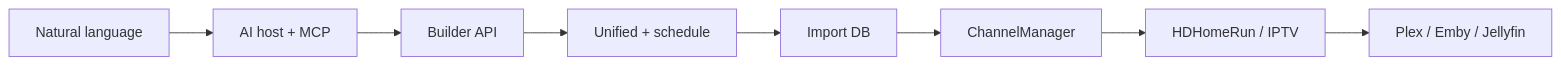
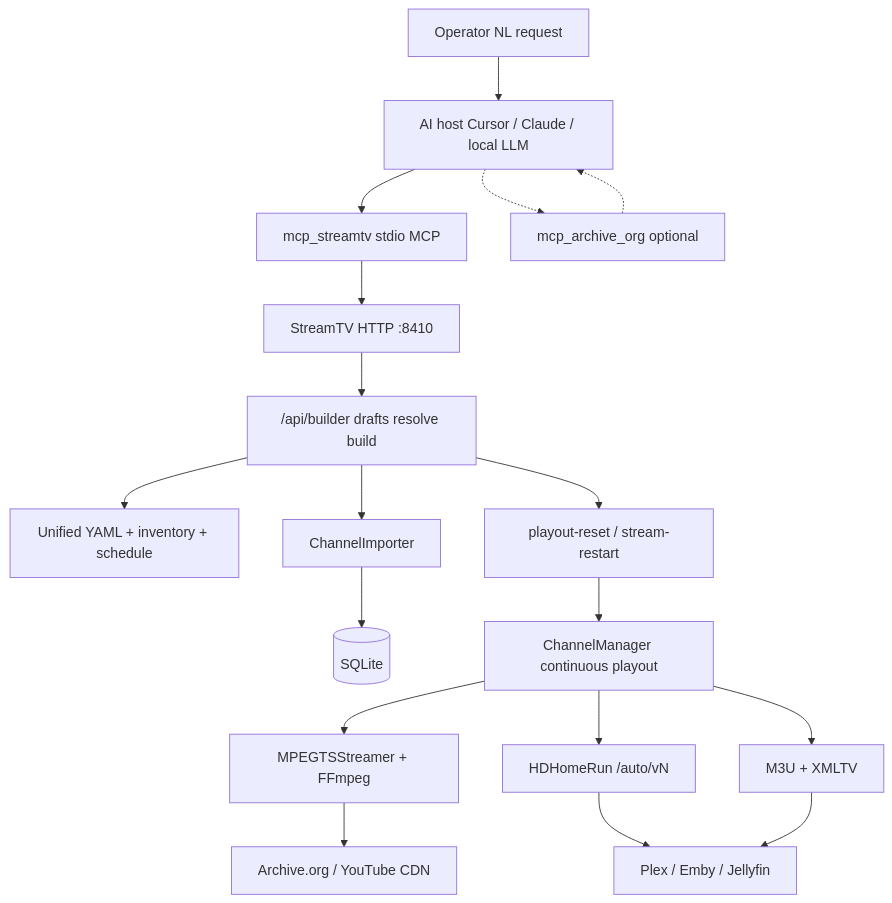
One commit to roto31/StreamTV changed the first of 6 diagrams in docs/wiki/Channel-Creator-MCP.md. Above: the diagram before and after it, drawn with Mermaid. The commit also changed other lines of this file and 5 other files, not shown here.

````diff
--- a/docs/wiki/Channel-Creator-MCP.md
+++ b/docs/wiki/Channel-Creator-MCP.md
@@ -21,10 +42,37 @@
 ```mermaid
-flowchart LR
-  NL["Natural language"] --> Host["AI host + MCP"]
-  Host --> Builder["Builder API"]
-  Builder --> YAML["Unified + schedule"]
-  YAML --> DB["Import DB"]
-  DB --> Playout["ChannelManager"]
-  Playout --> Tune["HDHomeRun / IPTV"]
-  Tune --> Client["Plex / Emby / Jellyfin"]
+flowchart TD
+  User["Operator NL request"]
+  Host["AI host Cursor / Claude / local LLM"]
+  MCP["mcp_streamtv stdio MCP"]
+  ArchMCP["mcp_archive_org optional"]
+  API["StreamTV HTTP :8410"]
+  Builder["/api/builder drafts resolve build"]
+  Disk["Unified YAML + inventory + schedule"]
+  Imp["ChannelImporter"]
+  DB[("SQLite")]
+  Soft["playout-reset / stream-restart"]
+  CM["ChannelManager continuous playout"]
+  STR["MPEGTSStreamer + FFmpeg"]
+  Src["Archive.org / YouTube CDN"]
+  HDHR["HDHomeRun /auto/vN"]
+  IPTV["M3U + XMLTV"]
+  Plex["Plex / Emby / Jellyfin"]
+
+  User --> Host
+  Host --> MCP
+  Host -.-> ArchMCP
+  ArchMCP -.-> Host
+  MCP --> API
+  API --> Builder
+  Builder --> Disk
+  Builder --> Imp
+  Imp --> DB
+  Builder --> Soft
+  Soft --> CM
+  CM --> STR
+  STR --> Src
+  CM --> HDHR
+  CM --> IPTV
+  HDHR --> Plex
+  IPTV --> Plex
 ```
````
